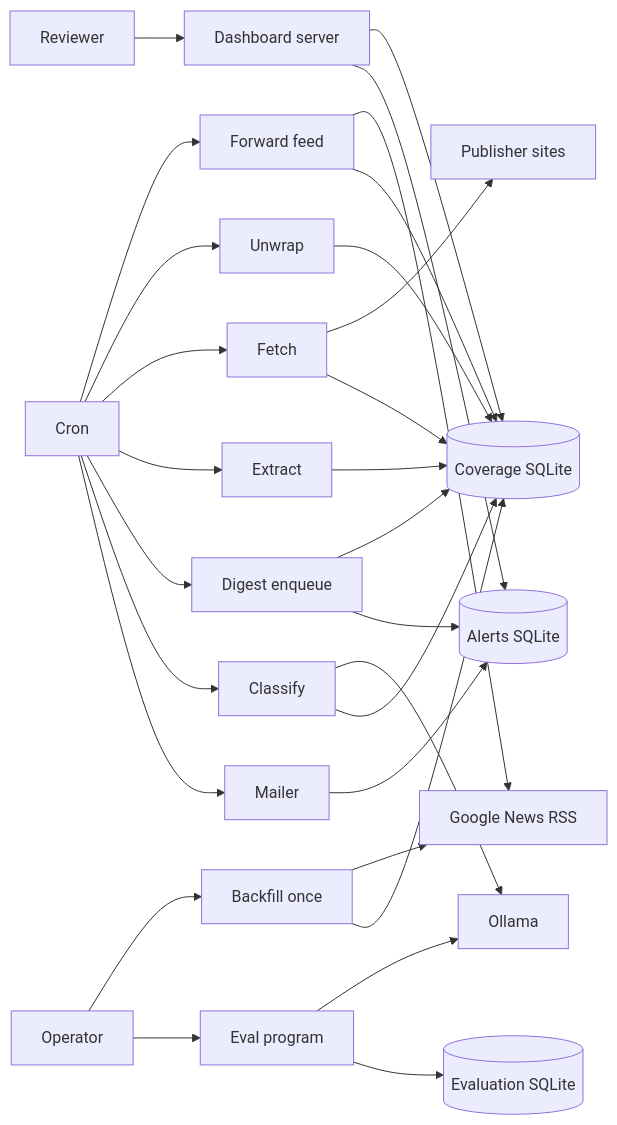
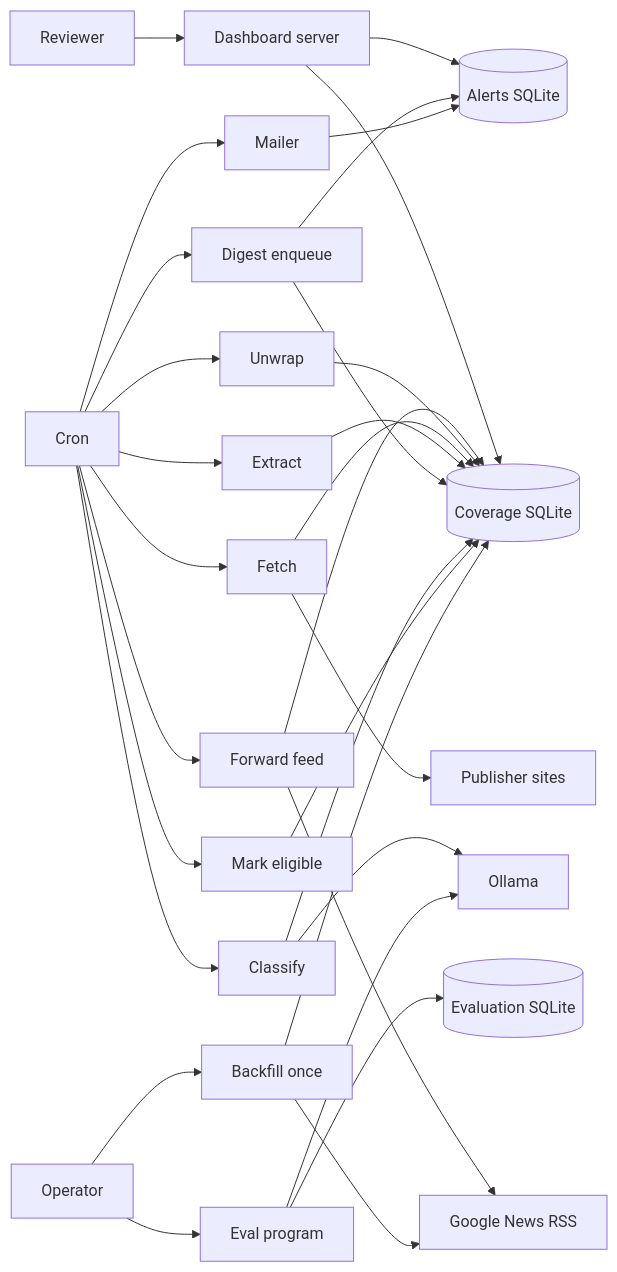
One commit to itayavtalyon/press-mentions changed the first of 8 diagrams in docs/ARCHITECTURE.md. Above: the diagram before and after it, drawn with Mermaid. The commit also changed other lines of this file and 374 other files, not shown here.

````diff
--- a/docs/ARCHITECTURE.md
+++ b/docs/ARCHITECTURE.md
@@ -7,50 +7,53 @@
 ```mermaid
 flowchart LR
   reviewer[Reviewer]
   cron[Cron]
   operator[Operator]
   server[Dashboard server]
   feed[Forward feed]
   unwrap[Unwrap]
   fetch[Fetch]
   extract[Extract]
+  classify[Classify]
+  eligible[Mark eligible]
   digest[Digest enqueue]
-  classify[Classify]
   mailer[Mailer]
   backfill[Backfill once]
   eval[Eval program]
   google[Google News RSS]
   publishers[Publisher sites]
   ollama[Ollama]
   coverage[(Coverage SQLite)]
   alerts[(Alerts SQLite)]
   evaluation[(Evaluation SQLite)]
 
   reviewer --> server
   cron --> feed
   cron --> unwrap
   cron --> fetch
   cron --> extract
+  cron --> classify
+  cron --> eligible
   cron --> digest
-  cron --> classify
   cron --> mailer
   operator --> backfill
   operator --> eval
   server --> coverage
   server --> alerts
   feed --> google
   feed --> coverage
   unwrap --> coverage
   fetch --> publishers
   fetch --> coverage
   extract --> coverage
   digest --> coverage
   digest --> alerts
   classify --> ollama
   classify --> coverage
+  eligible --> coverage
   backfill --> google
   backfill --> coverage
   mailer --> alerts
   eval --> ollama
   eval --> evaluation
 ```
````
